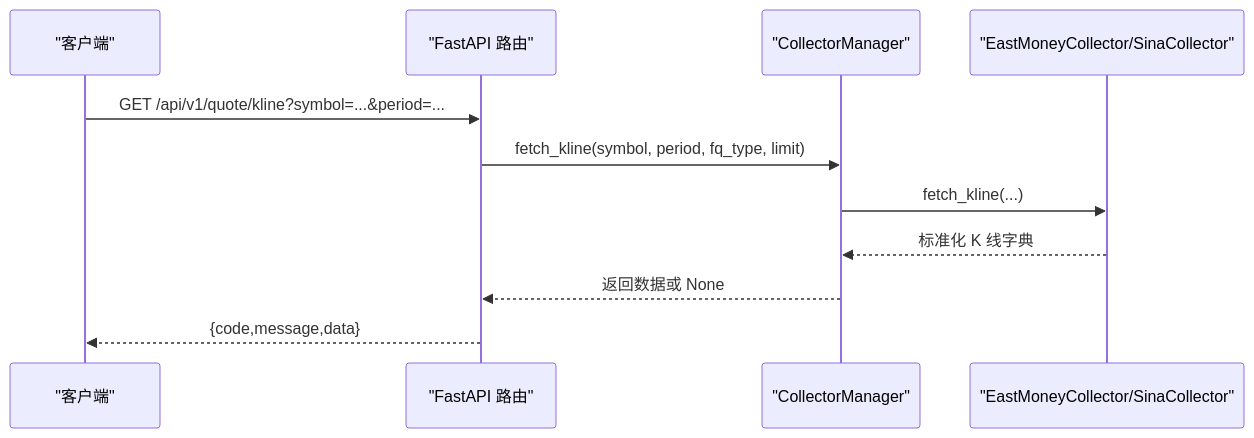
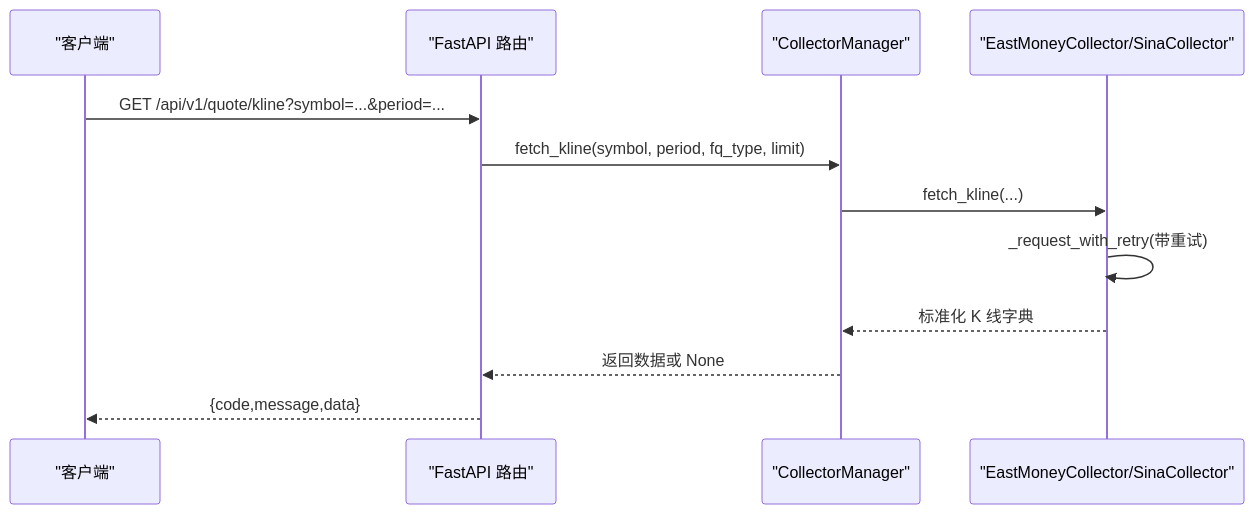
One commit to We3le7/stock-view changed the fifth of 6 diagrams in .qoder/repowiki/zh/content/后端开发/数据服务层/东方财富数据采集器.md. Above: the diagram before and after it, drawn with Mermaid. The commit also changed other lines of this file and 5 other files, not shown here.

````diff
--- a/.qoder/repowiki/zh/content/后端开发/数据服务层/东方财富数据采集器.md
+++ b/.qoder/repowiki/zh/content/后端开发/数据服务层/东方财富数据采集器.md
@@ -231,13 +254,14 @@
 ```mermaid
 sequenceDiagram
 participant Client as "客户端"
 participant API as "FastAPI 路由"
 participant Manager as "CollectorManager"
 participant Collector as "EastMoneyCollector/SinaCollector"
 Client->>API : GET /api/v1/quote/kline?symbol=...&period=...
 API->>Manager : fetch_kline(symbol, period, fq_type, limit)
 Manager->>Collector : fetch_kline(...)
+Collector->>Collector : _request_with_retry(带重试)
 Collector-->>Manager : 标准化 K 线字典
 Manager-->>API : 返回数据或 None
 API-->>Client : {code,message,data}
 ```
````
